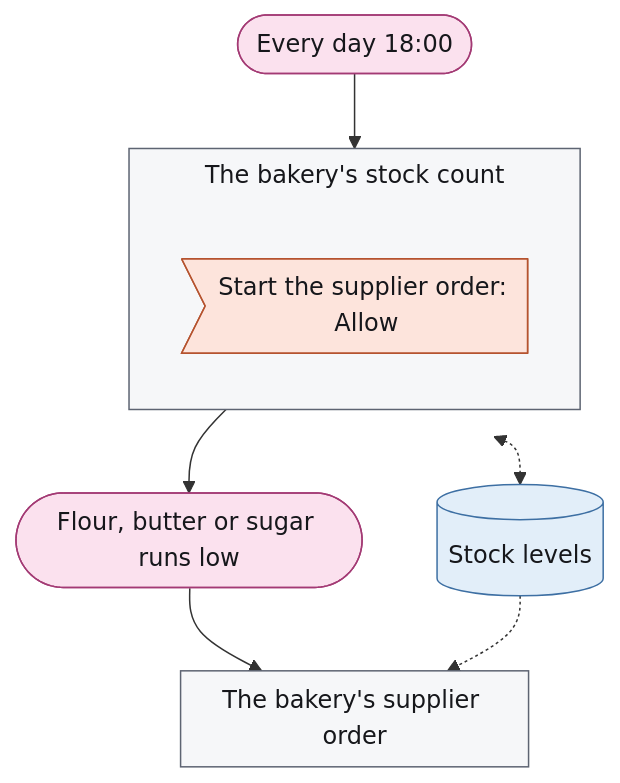
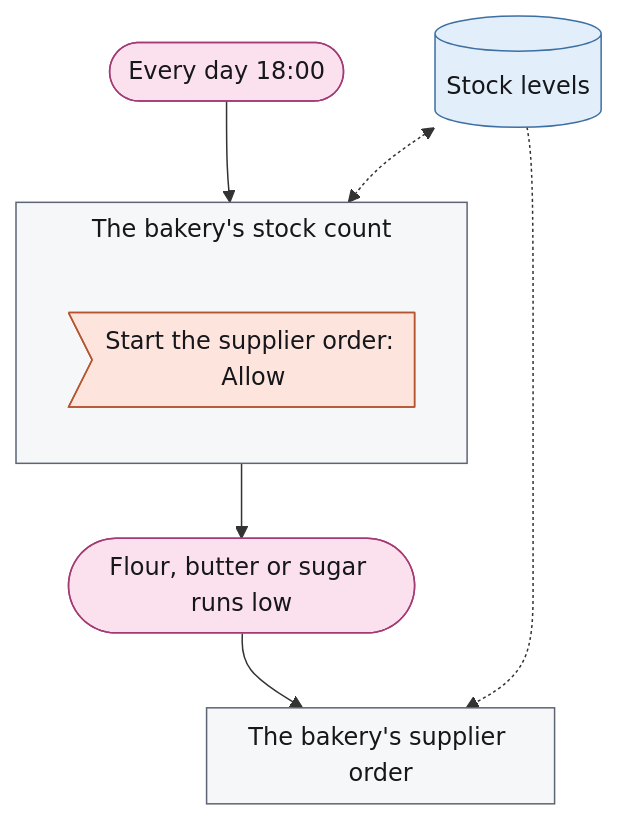
Before and after one commit to chrismdp/awml: the diagram in examples/bakery-map.mmd, drawn with Mermaid. The commit also changed 7 other files, not shown here.

```diff
--- a/examples/bakery-map.mmd
+++ b/examples/bakery-map.mmd
@@ -1,41 +1,41 @@
 ---
 config:
   theme: default
   fontFamily: Inter, sans-serif
   flowchart:
     useMaxWidth: false
     subGraphTitleMargin:
       top: 6
       bottom: 30
 ---
 flowchart TB
   w1_close(["Every day 18#58;00"])
   w2_low(["Flour#44; butter or sugar runs low"])
   s1[("Stock levels")]
   subgraph w1["The bakery#39;s stock count"]
     direction TB
     w1_start>"Start the supplier order#58; Allow"]
   end
   subgraph w2["The bakery#39;s supplier order"]
     direction TB
   end
 
   w1_close --> w1
   w2_low --> w2
-  w1 <-.-> s1
+  s1 <-.-> w1
   s1 -.-> w2
   w1_start --> w2_low
   classDef trig fill:#fbe1ee,stroke:#a33a74,color:#16171b
   classDef ctx fill:#e2eef9,stroke:#3d6fa3,color:#16171b
   classDef con fill:#eceef2,stroke:#5d6472,color:#16171b
   classDef surf fill:#ffffff,stroke:#2a2d35,stroke-width:1.5px,color:#16171b
   classDef out fill:#fde4dc,stroke:#b5532f,color:#16171b
   classDef ai fill:#cdd3fb,stroke:#3b4bb0,color:#16171b
   classDef code fill:#c4e3d1,stroke:#2b7a4f,color:#16171b
   classDef person fill:#f7d79a,stroke:#9a6100,color:#16171b
   classDef gap fill:#ffffff,stroke:#8a93a3,stroke-dasharray:4 3,color:#6b7280
   class w1_close,w2_low trig
   class s1 ctx
   class w1_start out
   style w1 fill:#f6f7f9,stroke:#5d6472,color:#16171b
   style w2 fill:#f6f7f9,stroke:#5d6472,color:#16171b
```
